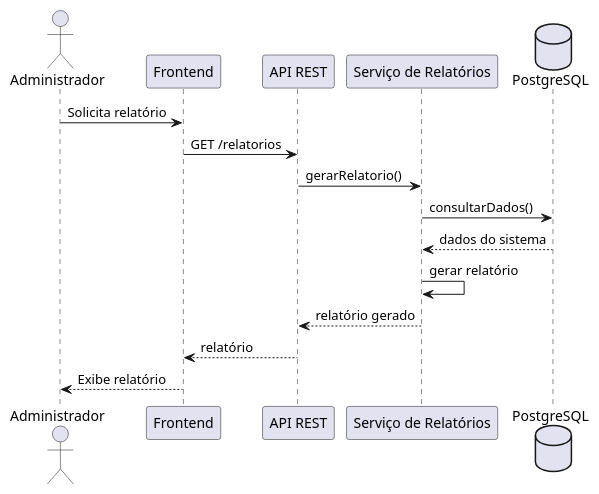
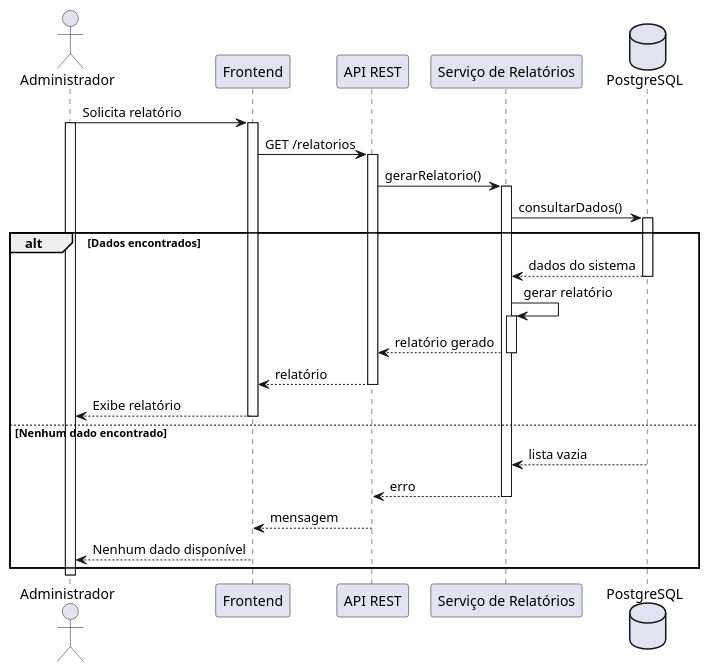
The diagram in PlantUML/Diagrama de sequencia detalhado/Diagrama-de-sequencia-UC-12.plantuml (mthsz-dm/Conecta-Eventos), drawn with PlantUML before and after one commit. The commit also changed 11 other files, not shown here.

Commit message:
Modificação nos diagramas de sequencia

```diff
--- a/PlantUML/Diagrama de sequencia detalhado/Diagrama-de-sequencia-UC-12.plantuml
+++ b/PlantUML/Diagrama de sequencia detalhado/Diagrama-de-sequencia-UC-12.plantuml
@@ -1,28 +1,45 @@
 @startuml
+
+autoactivate on
 
 actor Administrador
 
 participant "Frontend" as Frontend
 participant "API REST" as API
 participant "Serviço de Relatórios" as Service
 database "PostgreSQL" as DB
 
 Administrador -> Frontend : Solicita relatório
-
+activate Administrador
 Frontend -> API : GET /relatorios
 
 API -> Service : gerarRelatorio()
 
 Service -> DB : consultarDados()
 
-DB --> Service : dados do sistema
+alt Dados encontrados
 
-Service -> Service : gerar relatório
+    DB --> Service : dados do sistema
 
-Service --> API : relatório gerado
+    Service -> Service : gerar relatório
 
-API --> Frontend : relatório
+    Service --> API : relatório gerado
 
-Frontend --> Administrador : Exibe relatório
+    API --> Frontend : relatório
 
+    Frontend --> Administrador : Exibe relatório
+
+else Nenhum dado encontrado
+
+    DB --> Service : lista vazia
+
+    Service --> API : erro
+
+    API --> Frontend : mensagem
+
+    Frontend --> Administrador : Nenhum dado disponível
+
+end
+
+deactivate Administrador
 @enduml
```
